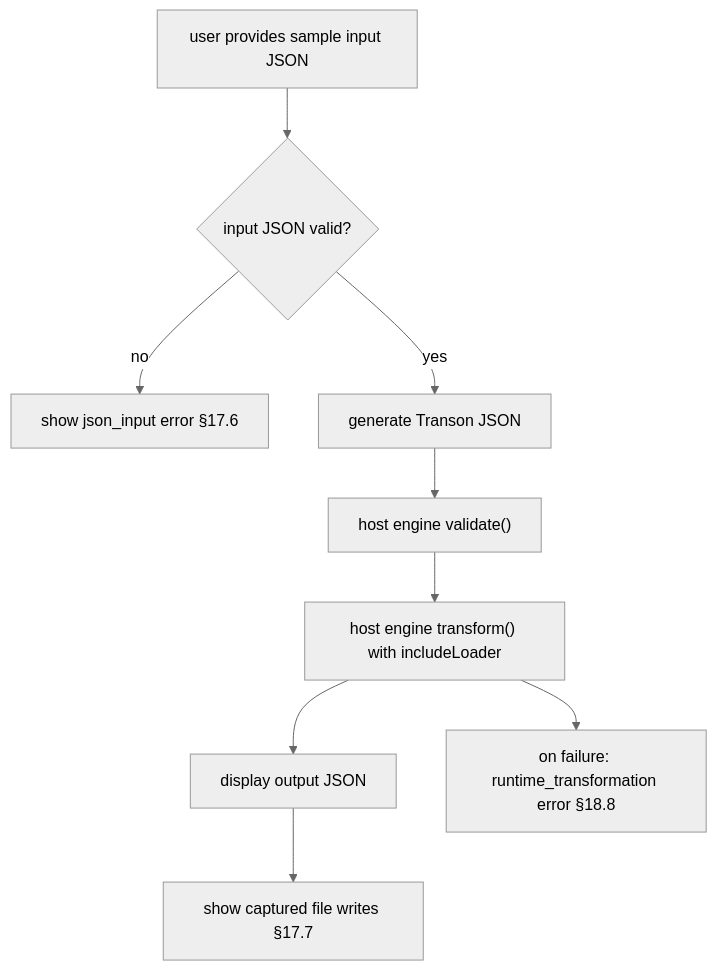
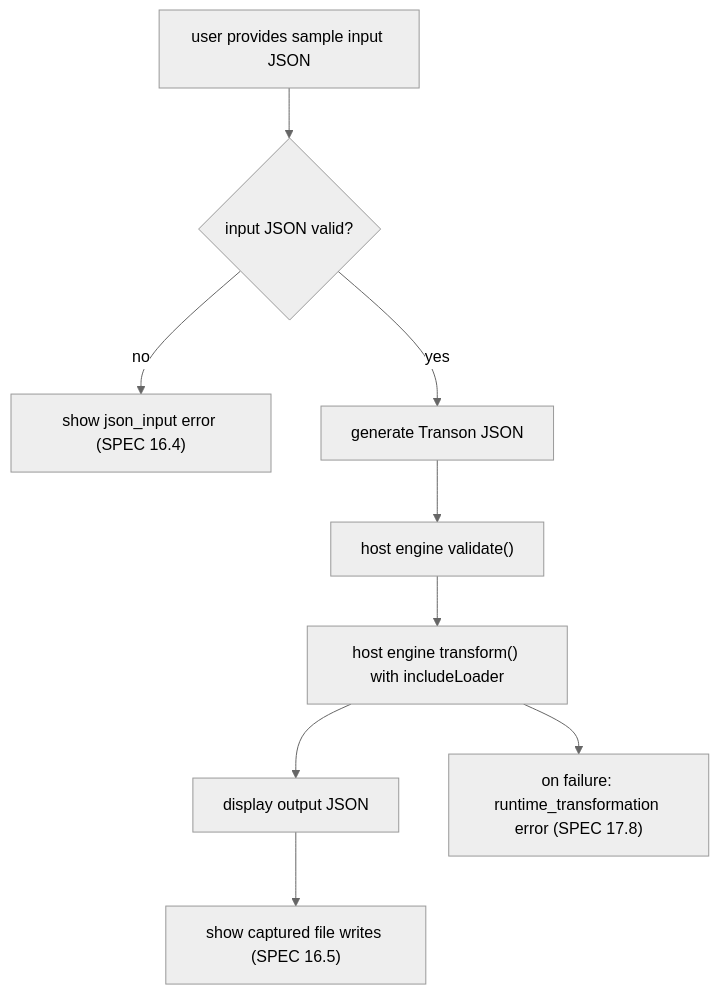
One commit to transon-org/transon-blockly changed the eighth of 9 diagrams in docs/ARCHITECTURE.md. Above: the diagram before and after it, drawn with Mermaid (neutral theme). The commit also changed other lines of this file and 4 other files, not shown here.

````diff
--- a/docs/ARCHITECTURE.md
+++ b/docs/ARCHITECTURE.md
@@ -430,11 +485,11 @@
 ```mermaid
 flowchart TD
     A[user provides sample input JSON] --> B{input JSON valid?}
-    B -->|no| B1[show json_input error §17.6]
+    B -->|no| B1["show json_input error (SPEC 16.4)"]
     B -->|yes| C[generate Transon JSON]
     C --> D["host engine validate()"]
     D --> E["host engine transform() with includeLoader"]
     E --> F[display output JSON]
-    F --> G[show captured file writes §17.7]
-    E --> H[on failure: runtime_transformation error §18.8]
+    F --> G["show captured file writes (SPEC 16.5)"]
+    E --> H["on failure: runtime_transformation error (SPEC 17.8)"]
 ```
````
